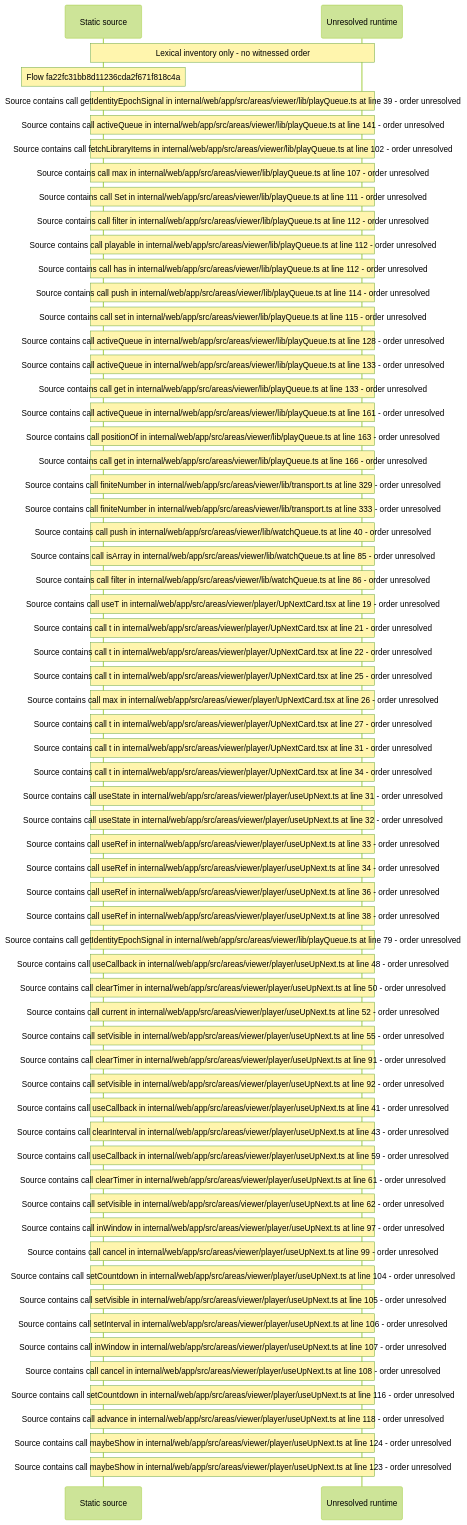
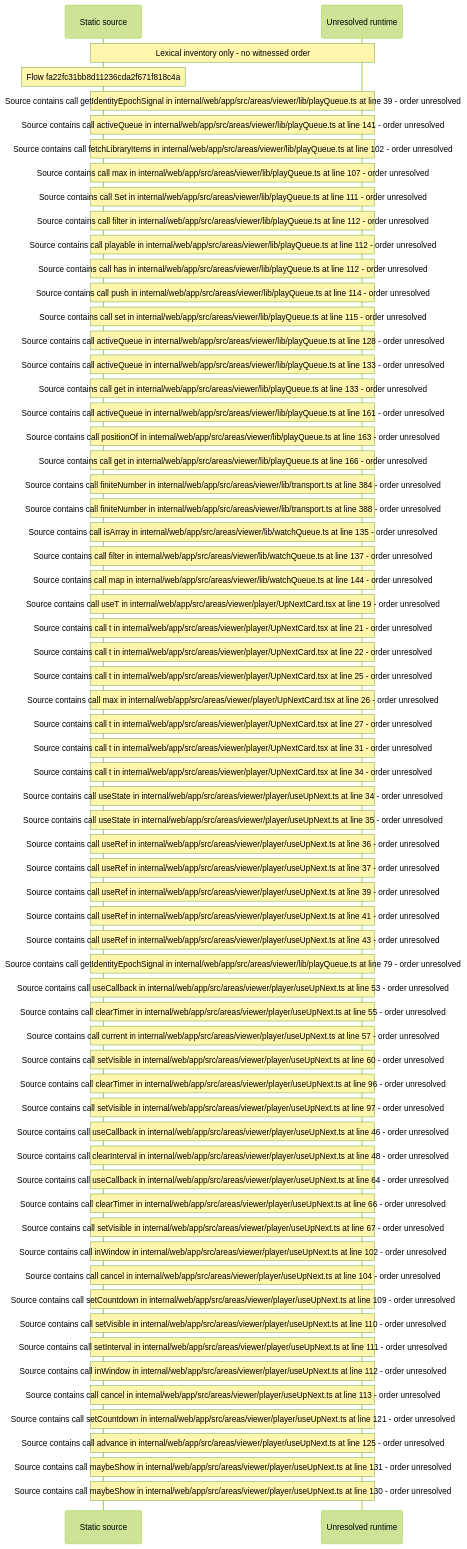
One commit to beamfall/core changed the diagram in docs/web/flows/generated/fa22fc31bb8d11236cda2f671f818c4a/flow-diagram.md. Above: the diagram before and after it, drawn with Mermaid (forest theme). The commit also changed other lines of this file and 714 other files, not shown here.

Commit message:
Regenerate the web flow record on the batch 5 head (CORE-1762)

````diff
--- a/docs/web/flows/generated/fa22fc31bb8d11236cda2f671f818c4a/flow-diagram.md
+++ b/docs/web/flows/generated/fa22fc31bb8d11236cda2f671f818c4a/flow-diagram.md
@@ -10,65 +10,66 @@
 ```mermaid
 sequenceDiagram
     participant S as Static source
     participant U as Unresolved runtime
     Note over S,U: Lexical inventory only - no witnessed order
     Note over S: Flow fa22fc31bb8d11236cda2f671f818c4a
     Note over S,U: Source contains call getIdentityEpochSignal in internal/web/app/src/areas/viewer/lib/playQueue.ts at line 39 - order unresolved
     Note over S,U: Source contains call activeQueue in internal/web/app/src/areas/viewer/lib/playQueue.ts at line 141 - order unresolved
     Note over S,U: Source contains call fetchLibraryItems in internal/web/app/src/areas/viewer/lib/playQueue.ts at line 102 - order unresolved
     Note over S,U: Source contains call max in internal/web/app/src/areas/viewer/lib/playQueue.ts at line 107 - order unresolved
     Note over S,U: Source contains call Set in internal/web/app/src/areas/viewer/lib/playQueue.ts at line 111 - order unresolved
     Note over S,U: Source contains call filter in internal/web/app/src/areas/viewer/lib/playQueue.ts at line 112 - order unresolved
     Note over S,U: Source contains call playable in internal/web/app/src/areas/viewer/lib/playQueue.ts at line 112 - order unresolved
     Note over S,U: Source contains call has in internal/web/app/src/areas/viewer/lib/playQueue.ts at line 112 - order unresolved
     Note over S,U: Source contains call push in internal/web/app/src/areas/viewer/lib/playQueue.ts at line 114 - order unresolved
     Note over S,U: Source contains call set in internal/web/app/src/areas/viewer/lib/playQueue.ts at line 115 - order unresolved
     Note over S,U: Source contains call activeQueue in internal/web/app/src/areas/viewer/lib/playQueue.ts at line 128 - order unresolved
     Note over S,U: Source contains call activeQueue in internal/web/app/src/areas/viewer/lib/playQueue.ts at line 133 - order unresolved
     Note over S,U: Source contains call get in internal/web/app/src/areas/viewer/lib/playQueue.ts at line 133 - order unresolved
     Note over S,U: Source contains call activeQueue in internal/web/app/src/areas/viewer/lib/playQueue.ts at line 161 - order unresolved
     Note over S,U: Source contains call positionOf in internal/web/app/src/areas/viewer/lib/playQueue.ts at line 163 - order unresolved
     Note over S,U: Source contains call get in internal/web/app/src/areas/viewer/lib/playQueue.ts at line 166 - order unresolved
-    Note over S,U: Source contains call finiteNumber in internal/web/app/src/areas/viewer/lib/transport.ts at line 329 - order unresolved
-    Note over S,U: Source contains call finiteNumber in internal/web/app/src/areas/viewer/lib/transport.ts at line 333 - order unresolved
-    Note over S,U: Source contains call push in internal/web/app/src/areas/viewer/lib/watchQueue.ts at line 40 - order unresolved
-    Note over S,U: Source contains call isArray in internal/web/app/src/areas/viewer/lib/watchQueue.ts at line 85 - order unresolved
-    Note over S,U: Source contains call filter in internal/web/app/src/areas/viewer/lib/watchQueue.ts at line 86 - order unresolved
+    Note over S,U: Source contains call finiteNumber in internal/web/app/src/areas/viewer/lib/transport.ts at line 384 - order unresolved
+    Note over S,U: Source contains call finiteNumber in internal/web/app/src/areas/viewer/lib/transport.ts at line 388 - order unresolved
+    Note over S,U: Source contains call isArray in internal/web/app/src/areas/viewer/lib/watchQueue.ts at line 135 - order unresolved
+    Note over S,U: Source contains call filter in internal/web/app/src/areas/viewer/lib/watchQueue.ts at line 137 - order unresolved
+    Note over S,U: Source contains call map in internal/web/app/src/areas/viewer/lib/watchQueue.ts at line 144 - order unresolved
     Note over S,U: Source contains call useT in internal/web/app/src/areas/viewer/player/UpNextCard.tsx at line 19 - order unresolved
     Note over S,U: Source contains call t in internal/web/app/src/areas/viewer/player/UpNextCard.tsx at line 21 - order unresolved
     Note over S,U: Source contains call t in internal/web/app/src/areas/viewer/player/UpNextCard.tsx at line 22 - order unresolved
     Note over S,U: Source contains call t in internal/web/app/src/areas/viewer/player/UpNextCard.tsx at line 25 - order unresolved
     Note over S,U: Source contains call max in internal/web/app/src/areas/viewer/player/UpNextCard.tsx at line 26 - order unresolved
     Note over S,U: Source contains call t in internal/web/app/src/areas/viewer/player/UpNextCard.tsx at line 27 - order unresolved
     Note over S,U: Source contains call t in internal/web/app/src/areas/viewer/player/UpNextCard.tsx at line 31 - order unresolved
     Note over S,U: Source contains call t in internal/web/app/src/areas/viewer/player/UpNextCard.tsx at line 34 - order unresolved
-    Note over S,U: Source contains call useState in internal/web/app/src/areas/viewer/player/useUpNext.ts at line 31 - order unresolved
-    Note over S,U: Source contains call useState in internal/web/app/src/areas/viewer/player/useUpNext.ts at line 32 - order unresolved
-    Note over S,U: Source contains call useRef in internal/web/app/src/areas/viewer/player/useUpNext.ts at line 33 - order unresolved
-    Note over S,U: Source contains call useRef in internal/web/app/src/areas/viewer/player/useUpNext.ts at line 34 - order unresolved
+    Note over S,U: Source contains call useState in internal/web/app/src/areas/viewer/player/useUpNext.ts at line 34 - order unresolved
+    Note over S,U: Source contains call useState in internal/web/app/src/areas/viewer/player/useUpNext.ts at line 35 - order unresolved
     Note over S,U: Source contains call useRef in internal/web/app/src/areas/viewer/player/useUpNext.ts at line 36 - order unresolved
-    Note over S,U: Source contains call useRef in internal/web/app/src/areas/viewer/player/useUpNext.ts at line 38 - order unresolved
+    Note over S,U: Source contains call useRef in internal/web/app/src/areas/viewer/player/useUpNext.ts at line 37 - order unresolved
+    Note over S,U: Source contains call useRef in internal/web/app/src/areas/viewer/player/useUpNext.ts at line 39 - order unresolved
+    Note over S,U: Source contains call useRef in internal/web/app/src/areas/viewer/player/useUpNext.ts at line 41 - order unresolved
+    Note over S,U: Source contains call useRef in internal/web/app/src/areas/viewer/player/useUpNext.ts at line 43 - order unresolved
     Note over S,U: Source contains call getIdentityEpochSignal in internal/web/app/src/areas/viewer/lib/playQueue.ts at line 79 - order unresolved
-    Note over S,U: Source contains call useCallback in internal/web/app/src/areas/viewer/player/useUpNext.ts at line 48 - order unresolved
-    Note over S,U: Source contains call clearTimer in internal/web/app/src/areas/viewer/player/useUpNext.ts at line 50 - order unresolved
-    Note over S,U: Source contains call current in internal/web/app/src/areas/viewer/player/useUpNext.ts at line 52 - order unresolved
-    Note over S,U: Source contains call setVisible in internal/web/app/src/areas/viewer/player/useUpNext.ts at line 55 - order unresolved
-    Note over S,U: Source contains call clearTimer in internal/web/app/src/areas/viewer/player/useUpNext.ts at line 91 - order unresolved
-    Note over S,U: Source contains call setVisible in internal/web/app/src/areas/viewer/player/useUpNext.ts at line 92 - order unresolved
-    Note over S,U: Source contains call useCallback in internal/web/app/src/areas/viewer/player/useUpNext.ts at line 41 - order unresolved
-    Note over S,U: Source contains call clearInterval in internal/web/app/src/areas/viewer/player/useUpNext.ts at line 43 - order unresolved
-    Note over S,U: Source contains call useCallback in internal/web/app/src/areas/viewer/player/useUpNext.ts at line 59 - order unresolved
-    Note over S,U: Source contains call clearTimer in internal/web/app/src/areas/viewer/player/useUpNext.ts at line 61 - order unresolved
-    Note over S,U: Source contains call setVisible in internal/web/app/src/areas/viewer/player/useUpNext.ts at line 62 - order unresolved
-    Note over S,U: Source contains call inWindow in internal/web/app/src/areas/viewer/player/useUpNext.ts at line 97 - order unresolved
-    Note over S,U: Source contains call cancel in internal/web/app/src/areas/viewer/player/useUpNext.ts at line 99 - order unresolved
-    Note over S,U: Source contains call setCountdown in internal/web/app/src/areas/viewer/player/useUpNext.ts at line 104 - order unresolved
-    Note over S,U: Source contains call setVisible in internal/web/app/src/areas/viewer/player/useUpNext.ts at line 105 - order unresolved
-    Note over S,U: Source contains call setInterval in internal/web/app/src/areas/viewer/player/useUpNext.ts at line 106 - order unresolved
-    Note over S,U: Source contains call inWindow in internal/web/app/src/areas/viewer/player/useUpNext.ts at line 107 - order unresolved
-    Note over S,U: Source contains call cancel in internal/web/app/src/areas/viewer/player/useUpNext.ts at line 108 - order unresolved
-    Note over S,U: Source contains call setCountdown in internal/web/app/src/areas/viewer/player/useUpNext.ts at line 116 - order unresolved
-    Note over S,U: Source contains call advance in internal/web/app/src/areas/viewer/player/useUpNext.ts at line 118 - order unresolved
-    Note over S,U: Source contains call maybeShow in internal/web/app/src/areas/viewer/player/useUpNext.ts at line 124 - order unresolved
-    Note over S,U: Source contains call maybeShow in internal/web/app/src/areas/viewer/player/useUpNext.ts at line 123 - order unresolved
+    Note over S,U: Source contains call useCallback in internal/web/app/src/areas/viewer/player/useUpNext.ts at line 53 - order unresolved
+    Note over S,U: Source contains call clearTimer in internal/web/app/src/areas/viewer/player/useUpNext.ts at line 55 - order unresolved
+    Note over S,U: Source contains call current in internal/web/app/src/areas/viewer/player/useUpNext.ts at line 57 - order unresolved
+    Note over S,U: Source contains call setVisible in internal/web/app/src/areas/viewer/player/useUpNext.ts at line 60 - order unresolved
+    Note over S,U: Source contains call clearTimer in internal/web/app/src/areas/viewer/player/useUpNext.ts at line 96 - order unresolved
+    Note over S,U: Source contains call setVisible in internal/web/app/src/areas/viewer/player/useUpNext.ts at line 97 - order unresolved
+    Note over S,U: Source contains call useCallback in internal/web/app/src/areas/viewer/player/useUpNext.ts at line 46 - order unresolved
+    Note over S,U: Source contains call clearInterval in internal/web/app/src/areas/viewer/player/useUpNext.ts at line 48 - order unresolved
+    Note over S,U: Source contains call useCallback in internal/web/app/src/areas/viewer/player/useUpNext.ts at line 64 - order unresolved
+    Note over S,U: Source contains call clearTimer in internal/web/app/src/areas/viewer/player/useUpNext.ts at line 66 - order unresolved
+    Note over S,U: Source contains call setVisible in internal/web/app/src/areas/viewer/player/useUpNext.ts at line 67 - order unresolved
+    Note over S,U: Source contains call inWindow in internal/web/app/src/areas/viewer/player/useUpNext.ts at line 102 - order unresolved
+    Note over S,U: Source contains call cancel in internal/web/app/src/areas/viewer/player/useUpNext.ts at line 104 - order unresolved
+    Note over S,U: Source contains call setCountdown in internal/web/app/src/areas/viewer/player/useUpNext.ts at line 109 - order unresolved
+    Note over S,U: Source contains call setVisible in internal/web/app/src/areas/viewer/player/useUpNext.ts at line 110 - order unresolved
+    Note over S,U: Source contains call setInterval in internal/web/app/src/areas/viewer/player/useUpNext.ts at line 111 - order unresolved
+    Note over S,U: Source contains call inWindow in internal/web/app/src/areas/viewer/player/useUpNext.ts at line 112 - order unresolved
+    Note over S,U: Source contains call cancel in internal/web/app/src/areas/viewer/player/useUpNext.ts at line 113 - order unresolved
+    Note over S,U: Source contains call setCountdown in internal/web/app/src/areas/viewer/player/useUpNext.ts at line 121 - order unresolved
+    Note over S,U: Source contains call advance in internal/web/app/src/areas/viewer/player/useUpNext.ts at line 125 - order unresolved
+    Note over S,U: Source contains call maybeShow in internal/web/app/src/areas/viewer/player/useUpNext.ts at line 131 - order unresolved
+    Note over S,U: Source contains call maybeShow in internal/web/app/src/areas/viewer/player/useUpNext.ts at line 130 - order unresolved
 ```
````
